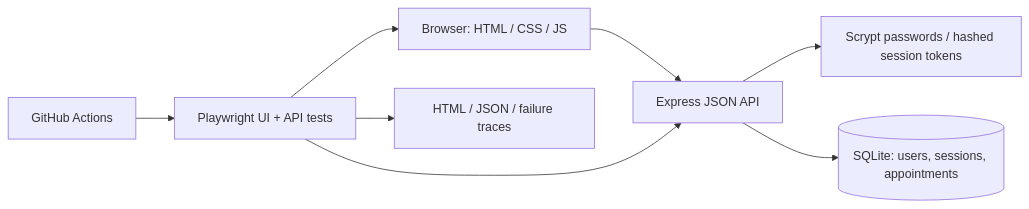
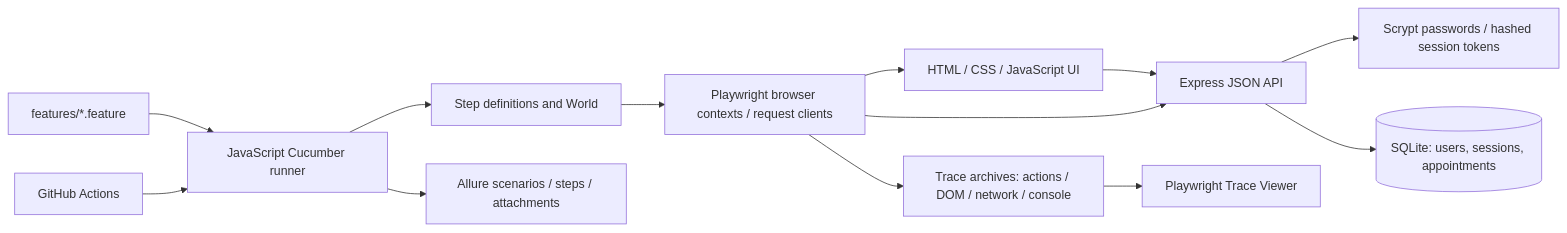
One commit to atharvaborade/playwright-quality-lab changed the diagram in docs/ARCHITECTURE.md. Above: the diagram before and after it, drawn with Mermaid. The commit also changed other lines of this file and 35 other files, not shown here.

Commit message:
Migrate Slotwise to JavaScript Cucumber BDD with Allure and per-scenario traces

````diff
--- a/docs/ARCHITECTURE.md
+++ b/docs/ARCHITECTURE.md
@@ -3,10 +3,15 @@
 ```mermaid
 flowchart LR
-  Browser[Browser: HTML / CSS / JS] --> API[Express JSON API]
-  Playwright[Playwright UI + API tests] --> Browser
+  Gherkin[features/*.feature] --> Cucumber[JavaScript Cucumber runner]
+  Cucumber --> Steps[Step definitions and World]
+  Steps --> Playwright[Playwright browser contexts / request clients]
+  Playwright --> Browser[HTML / CSS / JavaScript UI]
+  Browser --> API[Express JSON API]
   Playwright --> API
   API --> Auth[Scrypt passwords / hashed session tokens]
   API --> SQLite[(SQLite: users, sessions, appointments)]
-  CI[GitHub Actions] --> Playwright
-  Playwright --> Reports[HTML / JSON / failure traces]
+  Cucumber --> Allure[Allure scenarios / steps / attachments]
+  Playwright --> Traces[Trace archives: actions / DOM / network / console]
+  Traces --> Viewer[Playwright Trace Viewer]
+  CI[GitHub Actions] --> Cucumber
 ```
````
